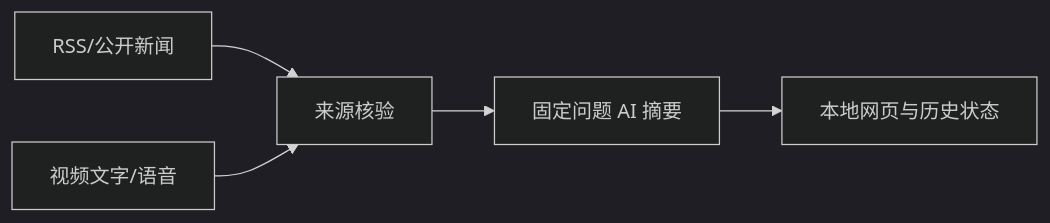
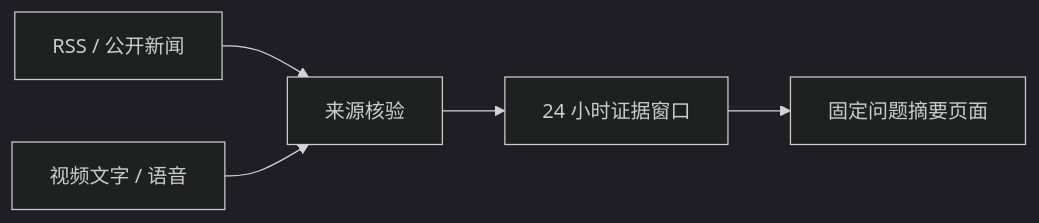
One commit to wilderjett250-art/024-market-intelligence changed the diagram in README.md. Above: the diagram before and after it, drawn with Mermaid (dark theme). The commit also changed other lines of this file and 1 other file, not shown here.

````diff
--- a/README.md
+++ b/README.md
@@ -9,7 +15,7 @@
-```mermaid
+~~~mermaid
 flowchart LR
- A[RSS/公开新闻] --> C[来源核验]
- B[视频文字/语音] --> C
- C --> D[固定问题 AI 摘要]
- D --> E[本地网页与历史状态]
-```
+ A[RSS / 公开新闻] --> C[来源核验]
+ B[视频文字 / 语音] --> C
+ C --> D[24 小时证据窗口]
+ D --> E[固定问题摘要页面]
+~~~
````
